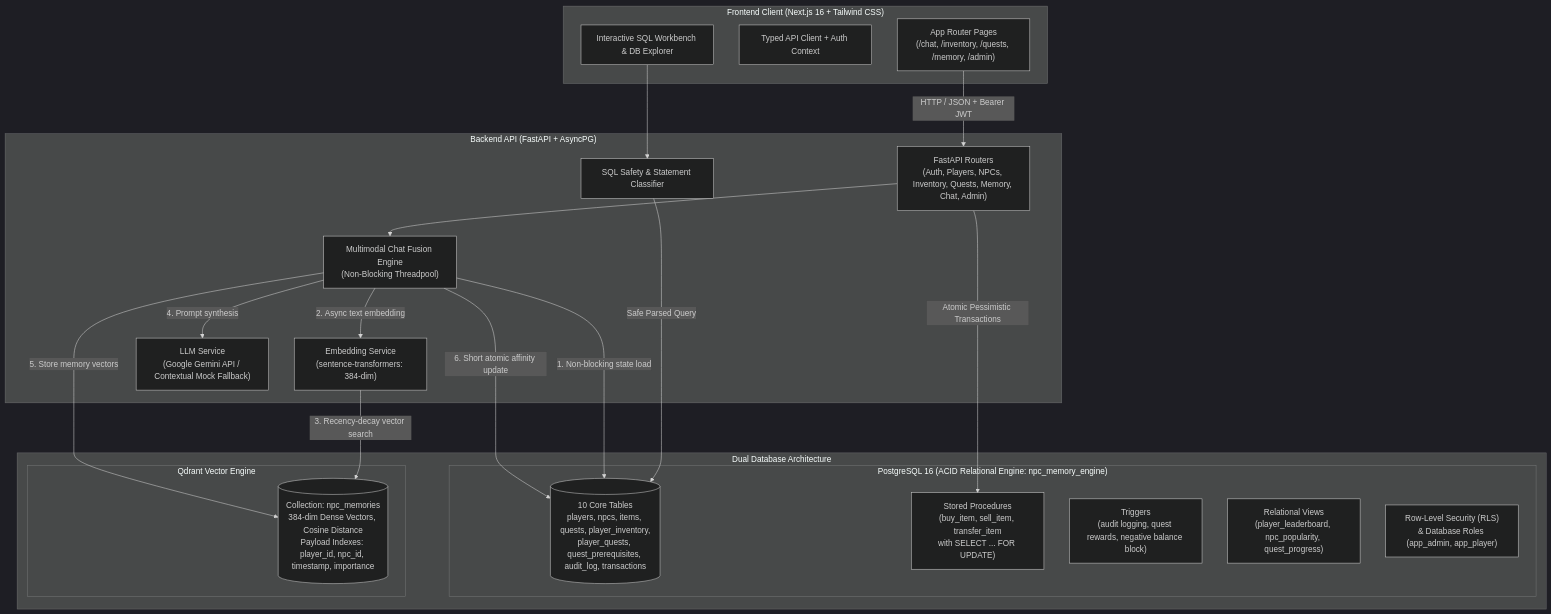
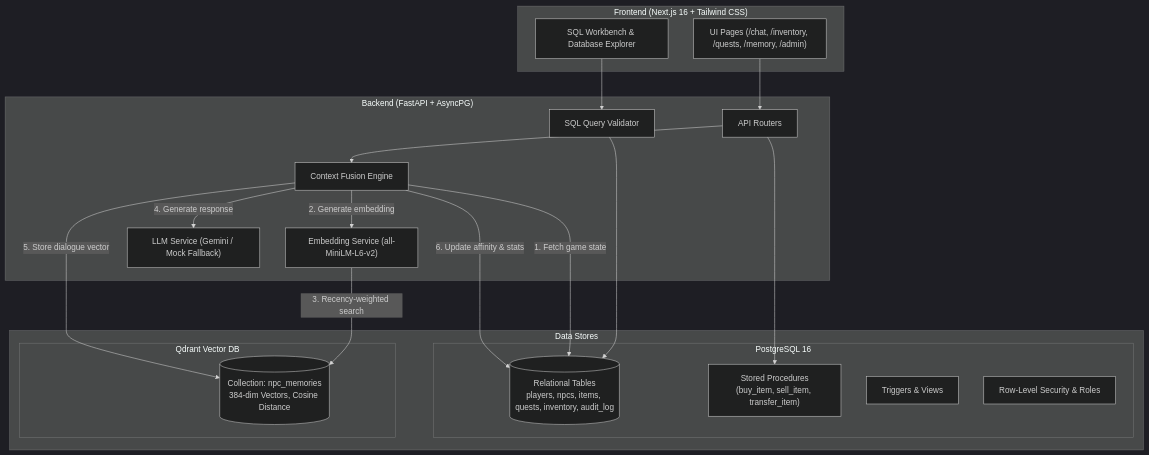
The diagram in README.md (mat-7697/Generative-NPC-Memory-Engine), drawn with Mermaid (dark theme) before and after one commit. The commit also changed other lines of this file, not shown here.

````diff
--- a/README.md
+++ b/README.md
@@ -77,42 +15,40 @@
 ```mermaid
 flowchart TD
-    subgraph Client["Frontend Client (Next.js 16 + Tailwind CSS)"]
-        UI["App Router Pages\n(/chat, /inventory, /quests, /memory, /admin)"]
-        API_CLIENT["Typed API Client + Auth Context"]
-        WORKBENCH["Interactive SQL Workbench & DB Explorer"]
+    subgraph Client["Frontend (Next.js 16 + Tailwind CSS)"]
+        UI["UI Pages (/chat, /inventory, /quests, /memory, /admin)"]
+        WORKBENCH["SQL Workbench & Database Explorer"]
     end
 
-    subgraph Server["Backend API (FastAPI + AsyncPG)"]
-        ROUTERS["FastAPI Routers\n(Auth, Players, NPCs, Inventory, Quests, Memory, Chat, Admin)"]
-        FUSION["Multimodal Chat Fusion Engine\n(Non-Blocking Threadpool)"]
-        SAFETY["SQL Safety & Statement Classifier"]
-        SENTENCE["Embedding Service\n(sentence-transformers: 384-dim)"]
-        LLM["LLM Service\n(Google Gemini API / Contextual Mock Fallback)"]
+    subgraph Server["Backend (FastAPI + AsyncPG)"]
+        ROUTERS["API Routers"]
+        FUSION["Context Fusion Engine"]
+        SAFETY["SQL Query Validator"]
+        SENTENCE["Embedding Service (all-MiniLM-L6-v2)"]
+        LLM["LLM Service (Gemini / Mock Fallback)"]
     end
 
-    subgraph Databases["Dual Database Architecture"]
-        subgraph Postgres["PostgreSQL 16 (ACID Relational Engine: npc_memory_engine)"]
-            TABLES[("10 Core Tables\nplayers, npcs, items, quests, player_inventory,\nplayer_quests, quest_prerequisites, audit_log, transactions")]
-            PROCS["Stored Procedures\n(buy_item, sell_item, transfer_item\nwith SELECT ... FOR UPDATE)"]
-            TRIGGERS["Triggers\n(audit logging, quest rewards, negative balance block)"]
-            VIEWS["Relational Views\n(player_leaderboard, npc_popularity, quest_progress)"]
-            RLS["Row-Level Security (RLS)\n& Database Roles (app_admin, app_player)"]
+    subgraph Storage["Data Stores"]
+        subgraph Postgres["PostgreSQL 16"]
+            TABLES[("Relational Tables\nplayers, npcs, items, quests, inventory, audit_log")]
+            PROCS["Stored Procedures\n(buy_item, sell_item, transfer_item)"]
+            TRIGGERS["Triggers & Views"]
+            RLS["Row-Level Security & Roles"]
         end
 
-        subgraph Vector["Qdrant Vector Engine"]
-            VEC_COLLECTION[("Collection: npc_memories\n384-dim Dense Vectors, Cosine Distance\nPayload Indexes: player_id, npc_id, timestamp, importance")]
+        subgraph Vector["Qdrant Vector DB"]
+            VEC[("Collection: npc_memories\n384-dim Vectors, Cosine Distance")]
         end
     end
 
-    UI -->|HTTP / JSON + Bearer JWT| ROUTERS
+    UI --> ROUTERS
     WORKBENCH --> SAFETY
-    SAFETY -->|Safe Parsed Query| TABLES
+    SAFETY --> TABLES
     ROUTERS --> FUSION
-    FUSION -->|1. Non-blocking state load| TABLES
-    FUSION -->|2. Async text embedding| SENTENCE
-    SENTENCE -->|3. Recency-decay vector search| VEC_COLLECTION
-    FUSION -->|4. Prompt synthesis| LLM
-    FUSION -->|5. Store memory vectors| VEC_COLLECTION
-    FUSION -->|6. Short atomic affinity update| TABLES
-    ROUTERS -->|Atomic Pessimistic Transactions| PROCS
+    FUSION -->|1. Fetch game state| TABLES
+    FUSION -->|2. Generate embedding| SENTENCE
+    SENTENCE -->|3. Recency-weighted search| VEC
+    FUSION -->|4. Generate response| LLM
+    FUSION -->|5. Store dialogue vector| VEC
+    FUSION -->|6. Update affinity & stats| TABLES
+    ROUTERS --> PROCS
 ```
````
